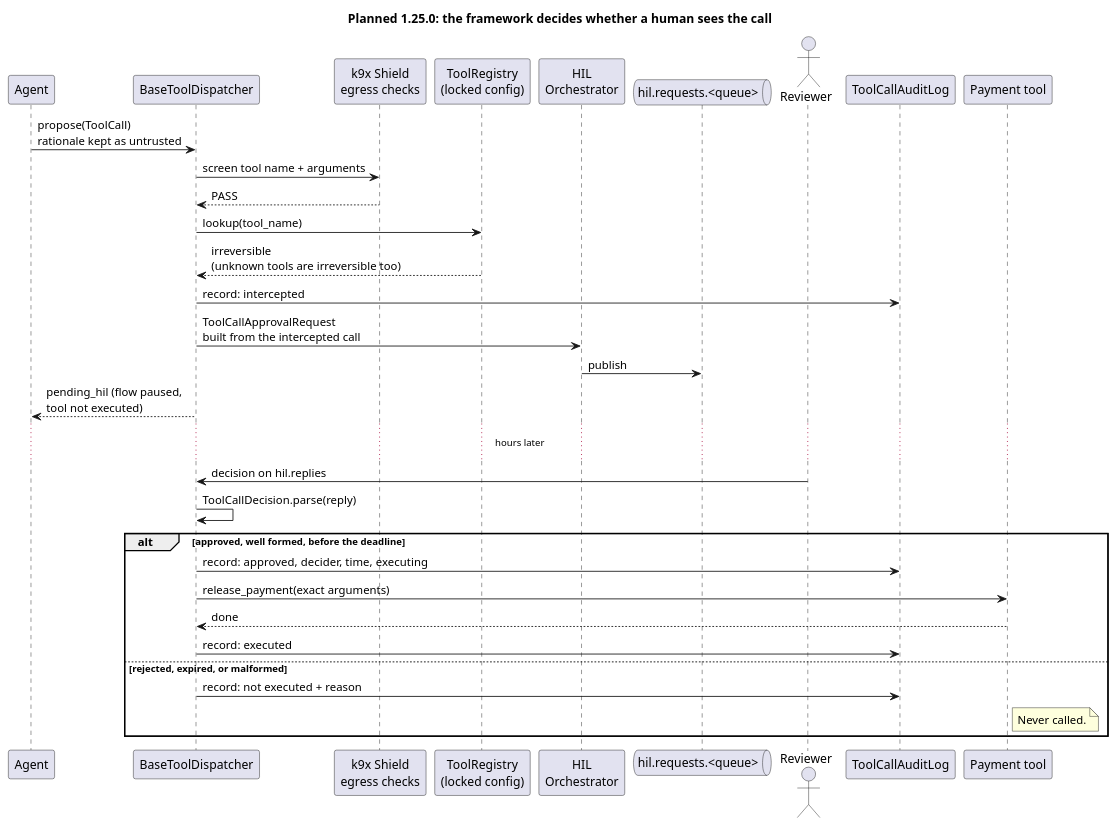
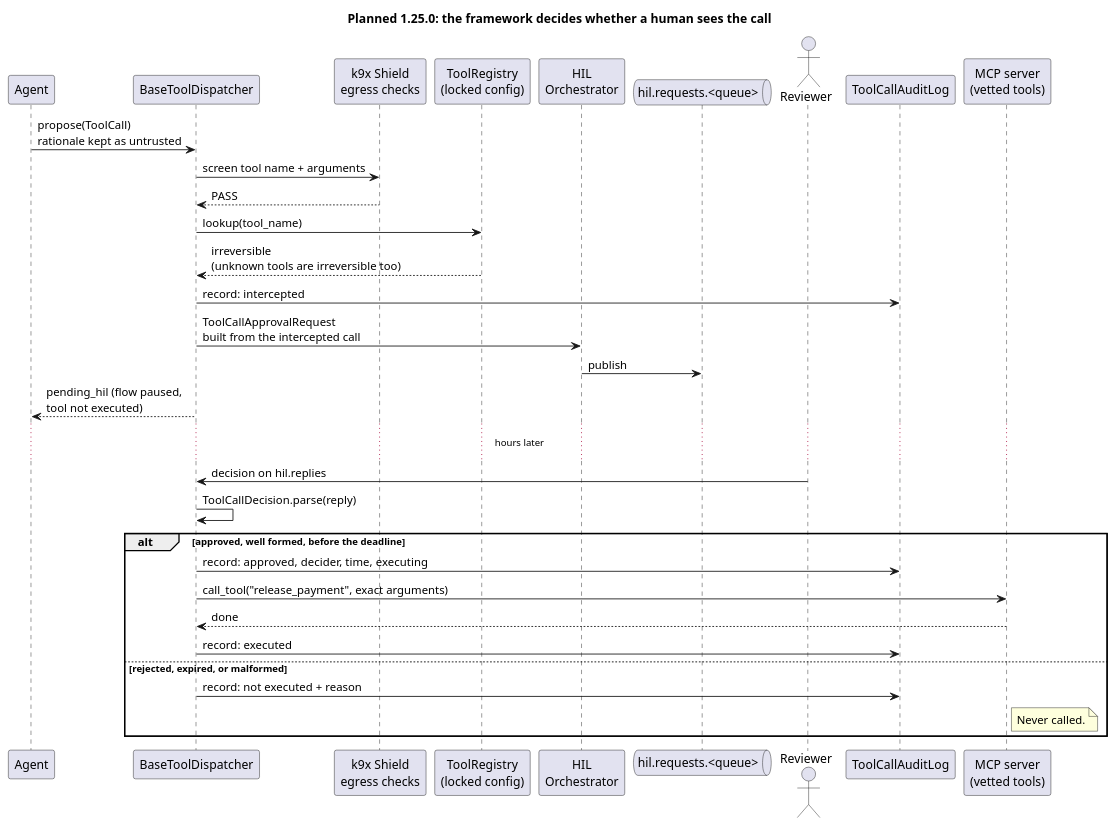
Before and after one commit to k9aif/k9-aif-blogs: the diagram in assets/diagrams/hil-review-planned.puml, drawn with PlantUML. The commit also changed 4 other files, not shown here.

Commit message:
Blog draft: model calls go through llm_invoke/K9ModelRouter; tools via vetted MCP server

```diff
--- a/assets/diagrams/hil-review-planned.puml
+++ b/assets/diagrams/hil-review-planned.puml
@@ -1,40 +1,40 @@
 @startuml hil-review-planned
 title Planned 1.25.0: the framework decides whether a human sees the call
 
 participant "Agent" as A
 participant "BaseToolDispatcher" as D
 participant "k9x Shield\negress checks" as SE
 participant "ToolRegistry\n(locked config)" as R
 participant "HIL\nOrchestrator" as H
 queue "hil.requests.<queue>" as Q
 actor "Reviewer" as V
 participant "ToolCallAuditLog" as AU
-participant "Payment tool" as T
+participant "MCP server\n(vetted tools)" as T
 
 A -> D : propose(ToolCall)\nrationale kept as untrusted
 D -> SE : screen tool name + arguments
 SE --> D : PASS
 D -> R : lookup(tool_name)
 R --> D : irreversible\n(unknown tools are irreversible too)
 D -> AU : record: intercepted
 D -> H : ToolCallApprovalRequest\nbuilt from the intercepted call
 H -> Q : publish
 D --> A : pending_hil (flow paused,\ntool not executed)
 
 ... hours later ...
 
 V -> D : decision on hil.replies
 D -> D : ToolCallDecision.parse(reply)
 
 alt approved, well formed, before the deadline
   D -> AU : record: approved, decider, time, executing
-  D -> T : release_payment(exact arguments)
+  D -> T : call_tool("release_payment", exact arguments)
   T --> D : done
   D -> AU : record: executed
 else rejected, expired, or malformed
   D -> AU : record: not executed + reason
   note right of T
     Never called.
   end note
 end
 @enduml
```
